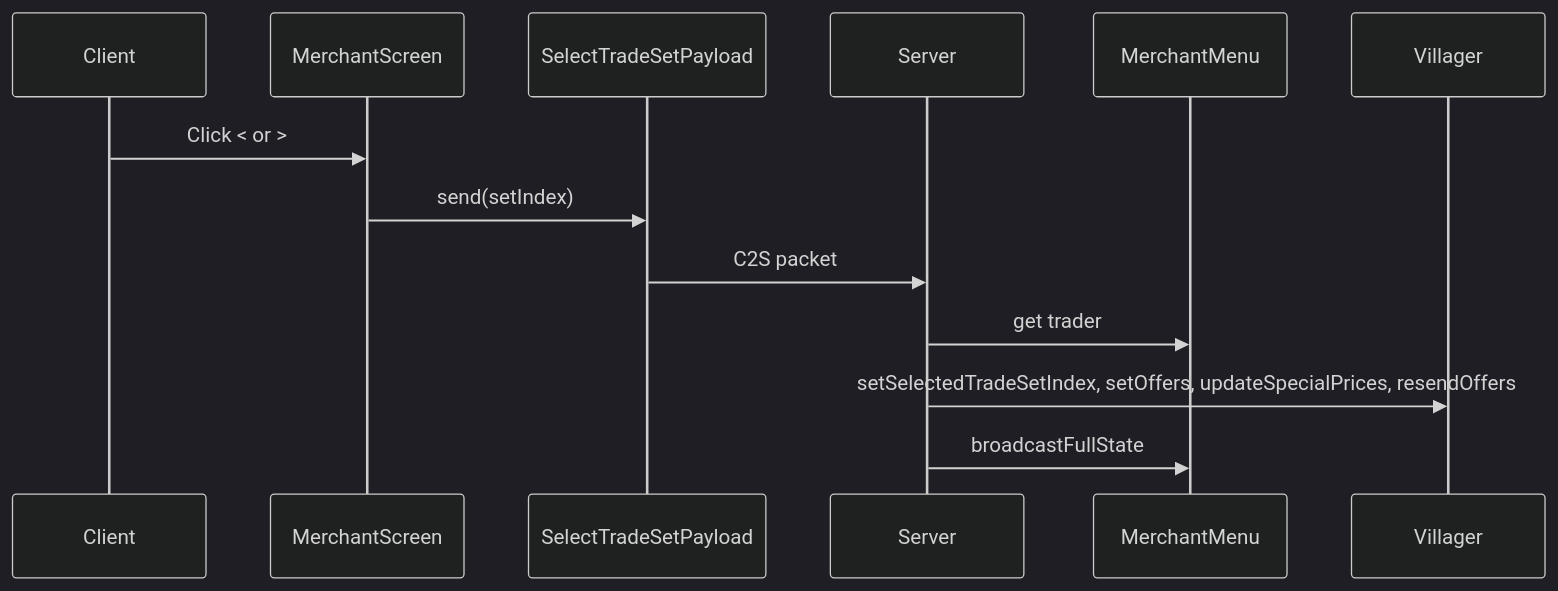
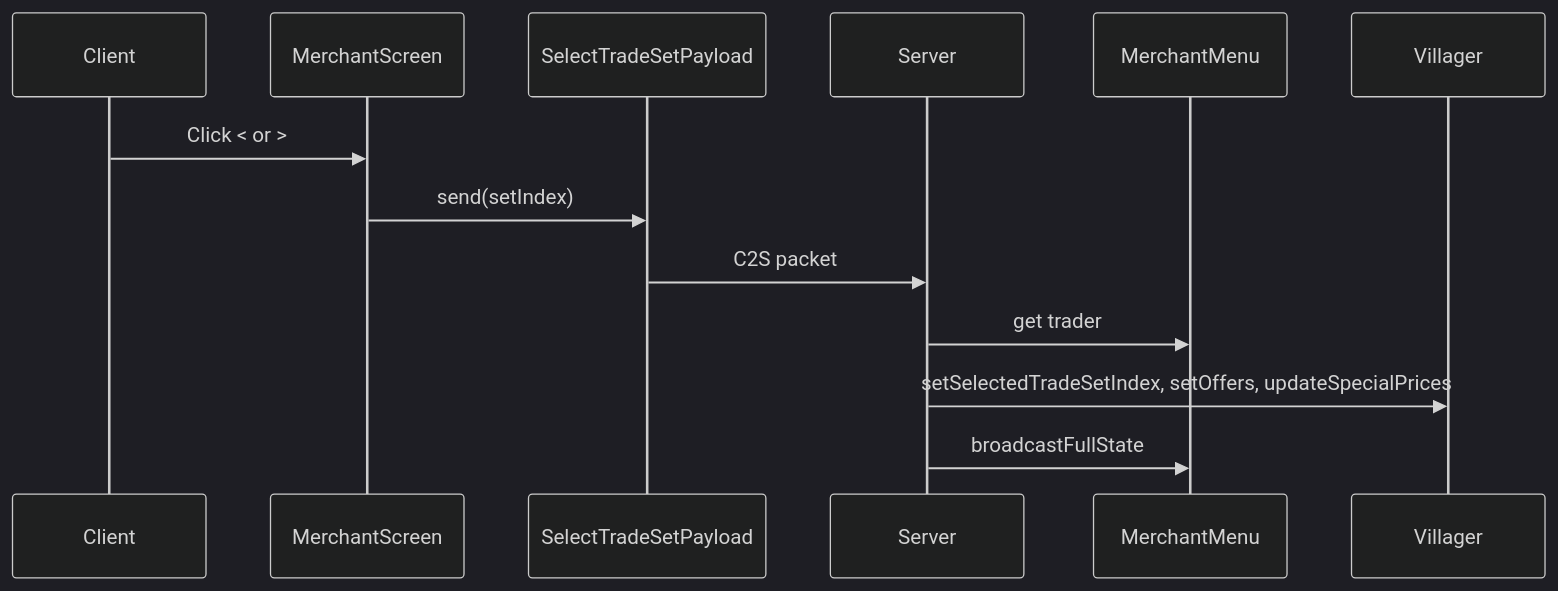
Before and after one commit to spicato-minecraft/locked_villager_trades: the first of 2 diagrams in README.md, drawn with Mermaid (dark theme). The commit also changed other lines of this file and 8 other files, not shown here.

````diff
--- a/README.md
+++ b/README.md
@@ -136,16 +136,16 @@
 ```mermaid
 sequenceDiagram
     participant Client
     participant MerchantScreen
     participant SelectTradeSetPayload
     participant Server
     participant MerchantMenu
     participant Villager
 
     Client->>MerchantScreen: Click < or >
     MerchantScreen->>SelectTradeSetPayload: send(setIndex)
     SelectTradeSetPayload->>Server: C2S packet
     Server->>MerchantMenu: get trader
-    Server->>Villager: setSelectedTradeSetIndex, setOffers, updateSpecialPrices, resendOffers
+    Server->>Villager: setSelectedTradeSetIndex, setOffers, updateSpecialPrices
     Server->>MerchantMenu: broadcastFullState
 ```
````
